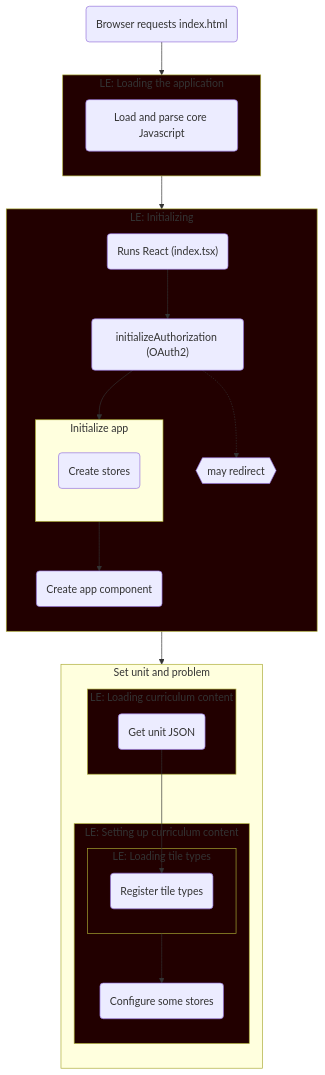
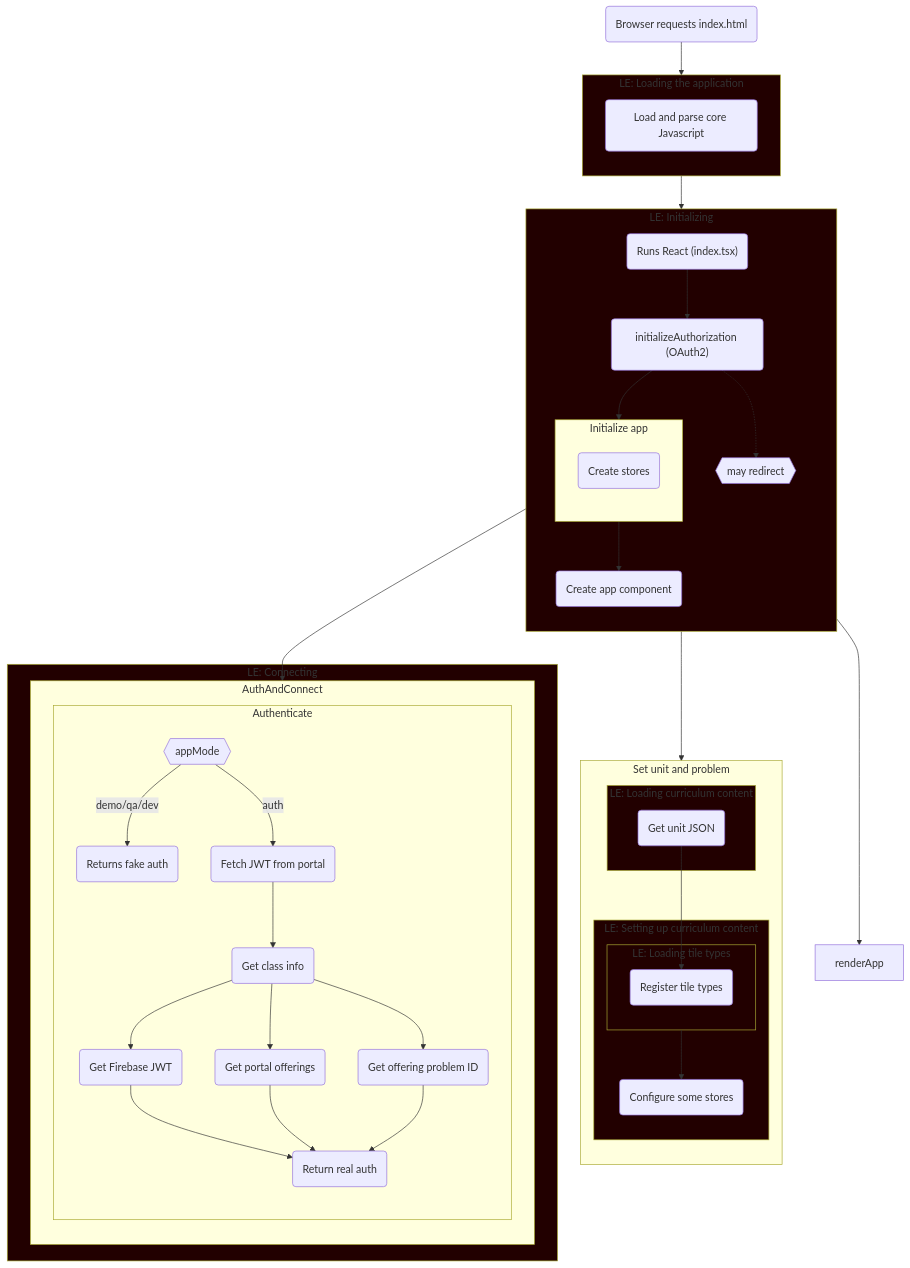
The diagram in docs/mermaid-test.md (concord-consortium/collaborative-learning), drawn with Mermaid before and after one commit.

Commit message:
authtenticate

````diff
--- a/docs/mermaid-test.md
+++ b/docs/mermaid-test.md
@@ -1,50 +1,73 @@
 ```mermaid
 flowchart TD
   req(Browser requests index.html)
   req --> load
 
   style load fill:#220000
   subgraph load [LE: Loading the application]
     direction TB
     parse(Load and parse core Javascript)
   end
   load --> init
 
   classDef loadingEvent fill:#220000
   class init loadingEvent
   subgraph init [LE: Initializing]
     direction TB
     indextsx("Runs React (index.tsx)")
     indextsx --> ia
     ia("initializeAuthorization (OAuth2)")
     ia -.-> restart{{may redirect}}
     ia --> initapp
     subgraph initapp [Initialize app]
       direction TB
       cs(Create stores)
     end
 
     initapp --> component("Create app component")
 
   end
 
   initapp --> sup
   subgraph sup [Set unit and problem]
     direction TB
     style loadingCurriculumContent fill:#220000
     subgraph loadingCurriculumContent [LE: Loading curriculum content]
       unit(Get unit JSON)
     end
     unit --> tiles
     style settingUpCurriculumContent fill:#220000
     subgraph settingUpCurriculumContent [LE: Setting up curriculum content]
       style loadingTileTypes fill:#220000
       subgraph loadingTileTypes [LE: Loading tile types]
         tiles(Register tile types)
       end
       configStores(Configure some stores)
       loadingTileTypes --> configStores
     end
   end
 
+  component --> auth
+  component --> renderApp
+
+  style connecting fill:#220000
+  subgraph connecting [LE: Connecting]
+    subgraph auth [AuthAndConnect]
+      direction TB
+
+      subgraph authenticate [Authenticate]
+        direction TB
+        type{{appMode}}
+        type -- demo/qa/dev --> demo
+        type -- auth --> real1
+        demo(Returns fake auth)
+        real1(Fetch JWT from portal) --> real2(Get class info)
+        real3(Get Firebase JWT)
+        real4(Get portal offerings)
+        real5(Get offering problem ID)
+        real2 --> real3 & real4 & real5 --> real6
+        real6(Return real auth)
+      end
+    end
+  end
 ```
````
